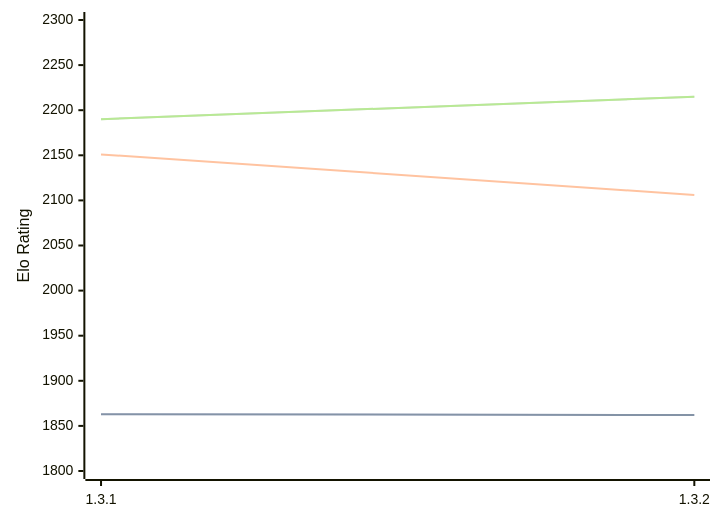
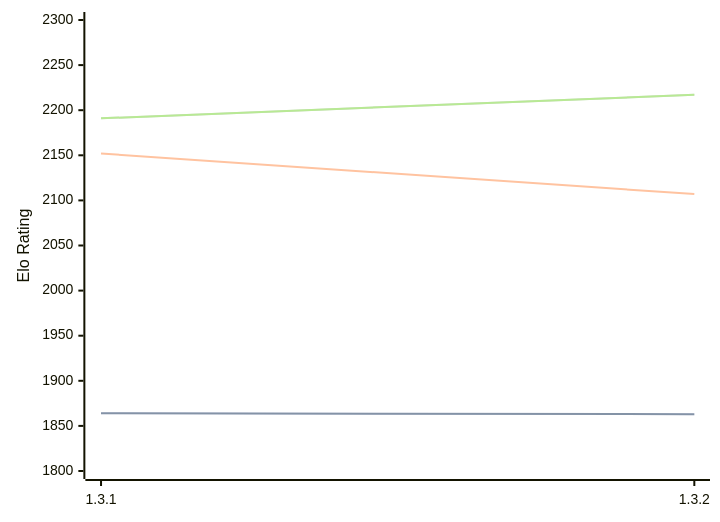
Before and after one commit to computer-chess-index/cci: the diagram in engines/Zugblitz.md, drawn with Mermaid. The commit also changed other lines of this file, not shown here.

Commit message:
Update CCI Ratings (ELO VLTC) - 2026-10-09

````diff
--- a/engines/Zugblitz.md
+++ b/engines/Zugblitz.md
@@ -32,11 +32,11 @@
 ```mermaid
 %%{init: {"theme":"base","themeVariables":{"seriesColors:['#a3a3a3','#222221','#faa371']}}}%%
 xychart-beta
   x-axis ["1.3.1", "1.3.2"]
   y-axis "Elo Rating" 1800 --> 2300
-  line "" [1863, 1862]
-  line "STC (8.0+0.08s)" [1863, 1862]
-  line "LTC (60.0+0.60s)" [2151, 2106]
-  line "" [2190, 2215]
-  line "VLTC (2m24s+1.12s)" [2190, 2215]
+  line "" [1864, 1863]
+  line "STC (8.0+0.08s)" [1864, 1863]
+  line "LTC (60.0+0.60s)" [2152, 2107]
+  line "" [2191, 2217]
+  line "VLTC (2m24s+1.12s)" [2191, 2217]
 ```
````
